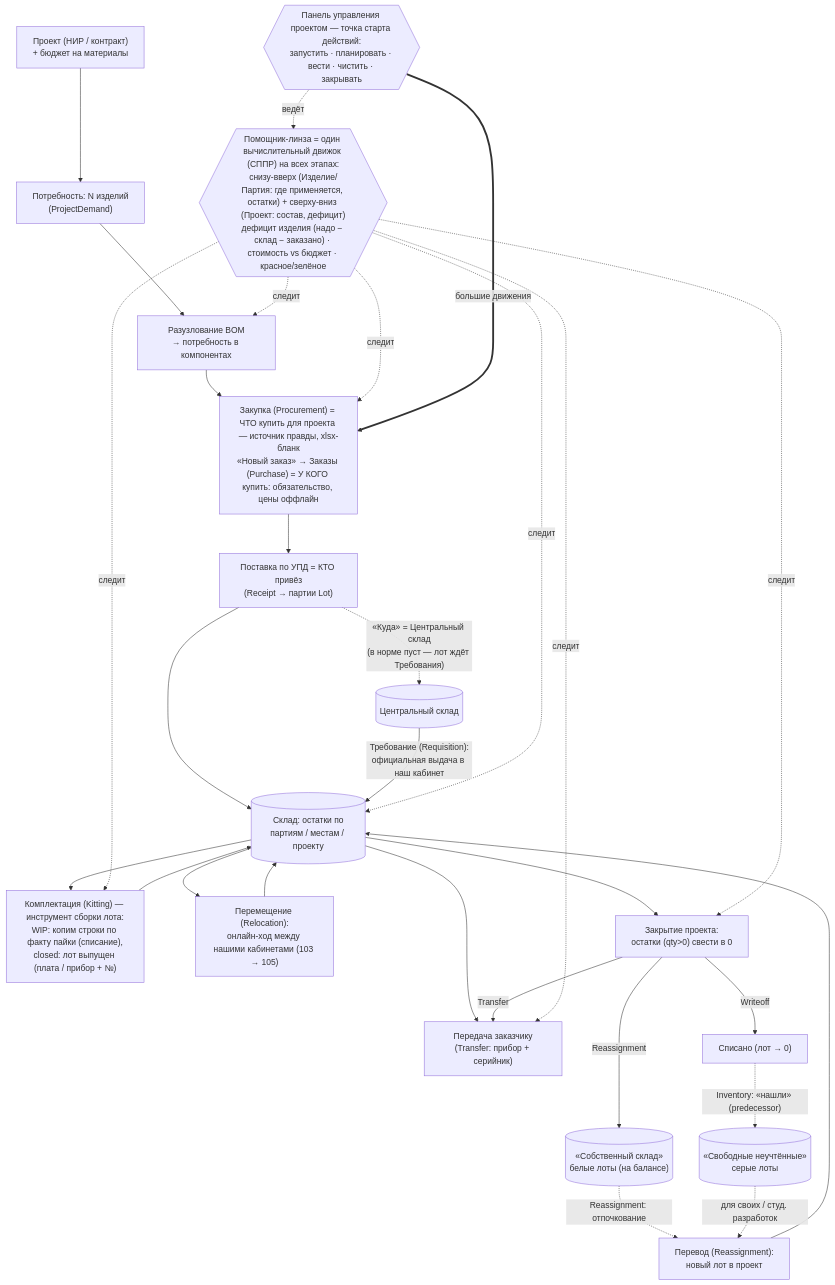
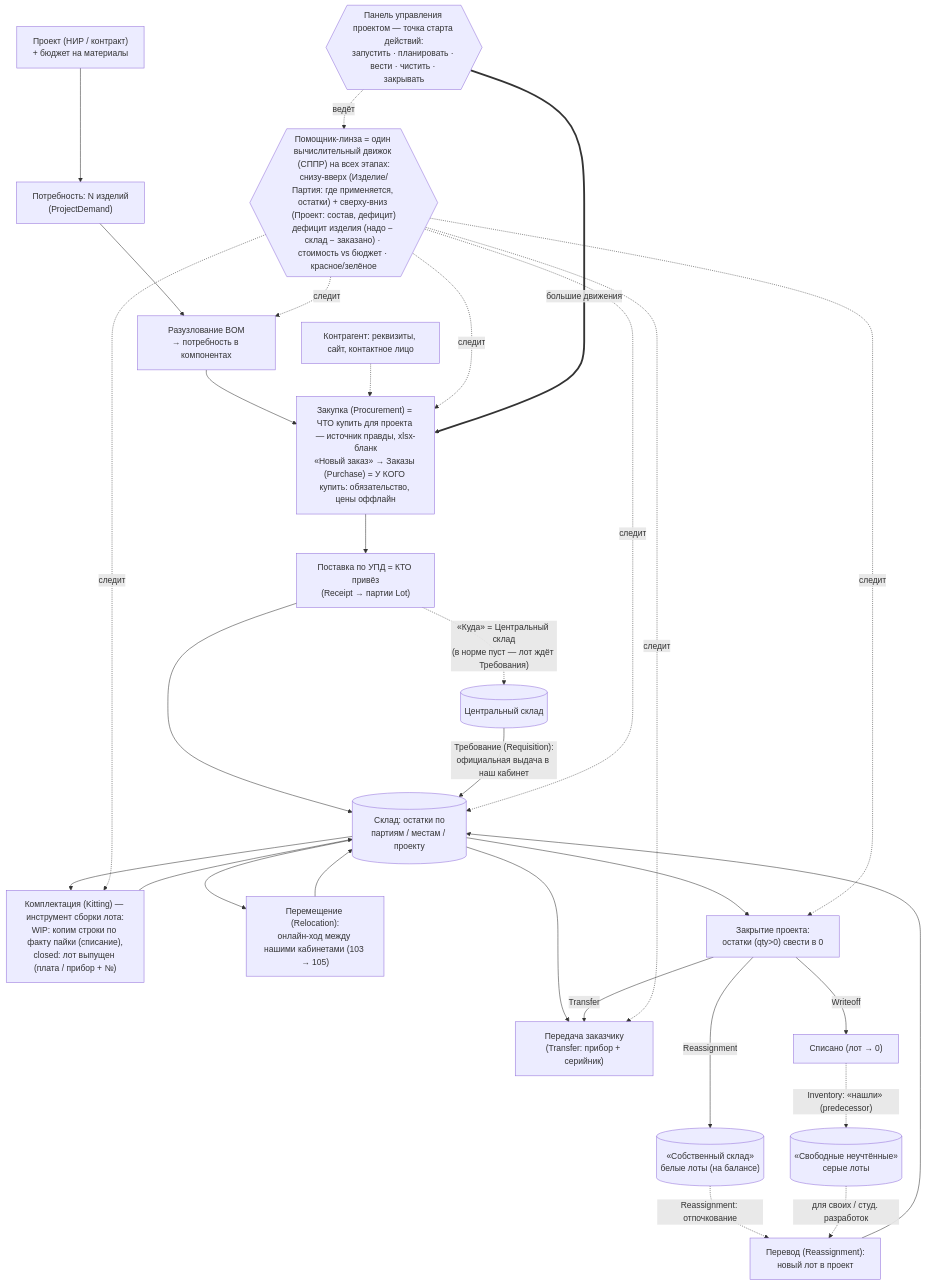
The first of 2 diagrams in README.md (ivanpotylitcyn/plume), drawn with Mermaid before and after one commit. The commit also changed other lines of this file and 22 other files, not shown here.

````diff
--- a/README.md
+++ b/README.md
@@ -145,38 +145,39 @@
 ```mermaid
 flowchart TD
   P["Проект (НИР / контракт)<br/>+ бюджет на материалы"] --> D["Потребность: N изделий<br/>(ProjectDemand)"]
   D --> B["Разузлование BOM<br/>→ потребность в компонентах"]
   B --> ORD["Закупка (Procurement) = ЧТО купить для проекта — источник правды, xlsx-бланк<br/>«Новый заказ» → Заказы (Purchase) = У КОГО купить: обязательство, цены оффлайн"]
+  CP["Контрагент: реквизиты, сайт, контактное лицо"] -.-> ORD
   ORD --> UPD["Поставка по УПД = КТО привёз<br/>(Receipt → партии Lot)"]
   UPD --> W
 
   UPD -.->|"«Куда» = Центральный склад<br/>(в норме пуст — лот ждёт Требования)"| CS[("Центральный склад")]
   CS -->|"Требование (Requisition):<br/>официальная выдача в наш кабинет"| W
   W[("Склад: остатки по<br/>партиям / местам / проекту")]
   W --> KIT["Комплектация (Kitting) — инструмент сборки лота:<br/>WIP: копим строки по факту пайки (списание),<br/>closed: лот выпущен (плата / прибор + №)"]
   KIT --> W
   W --> REL["Перемещение (Relocation):<br/>онлайн-ход между нашими кабинетами (103 → 105)"]
   REL --> W
   W --> T["Передача заказчику<br/>(Transfer: прибор + серийник)"]
 
   W --> CLOSE["Закрытие проекта:<br/>остатки (qty>0) свести в 0"]
   CLOSE -->|Transfer| T
   CLOSE -->|Writeoff| WOFF["Списано (лот → 0)"]
   CLOSE -->|Reassignment| WHITE[("«Собственный склад»<br/>белые лоты (на балансе)")]
   WOFF -.->|"Inventory: «нашли» (predecessor)"| GRAY[("«Свободные неучтённые»<br/>серые лоты")]
 
   WHITE -.->|"Reassignment: отпочкование"| REQ["Перевод (Reassignment):<br/>новый лот в проект"]
   GRAY -.->|"для своих / студ. разработок"| REQ
   REQ --> W
 
   LENS{{"Помощник-линза = один вычислительный движок (СППР) на всех этапах:<br/>снизу-вверх (Изделие/Партия: где применяется, остатки) + сверху-вниз (Проект: состав, дефицит)<br/>дефицит изделия (надо − склад − заказано) · стоимость vs бюджет · красное/зелёное"}}
   DASH{{"Панель управления проектом — точка старта действий:<br/>запустить · планировать · вести · чистить · закрывать"}}
   LENS -. следит .-> B
   LENS -. следит .-> ORD
   LENS -. следит .-> W
   LENS -. следит .-> KIT
   LENS -. следит .-> T
   LENS -. следит .-> CLOSE
   DASH -. ведёт .-> LENS
   DASH ==>|"большие движения"| ORD
 ```
````
